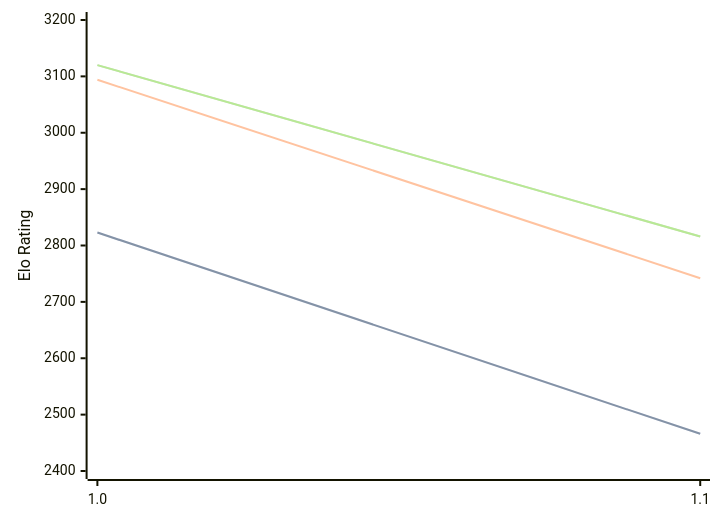
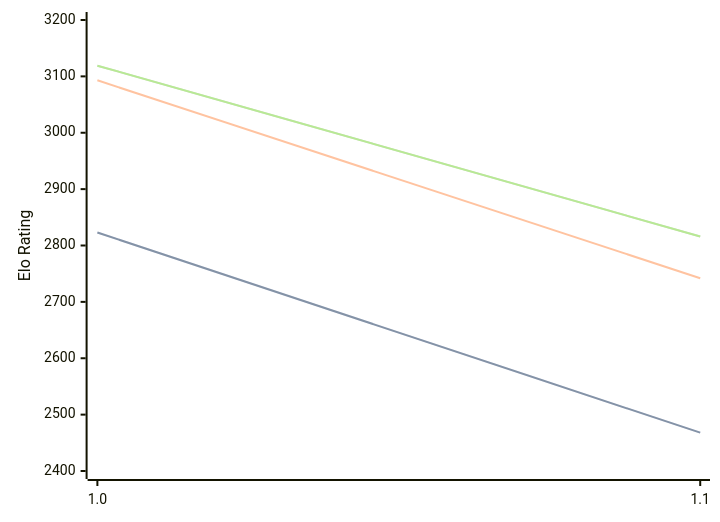
One commit to computer-chess-index/cci changed the first of 3 diagrams in engines/Publius.md. Above: the diagram before and after it, drawn with Mermaid. The commit also changed other lines of this file, not shown here.

Commit message:
Update CCI Ratings (ELO VLTC) - 2026-06-17

````diff
--- a/engines/Publius.md
+++ b/engines/Publius.md
@@ -32,11 +32,11 @@
 ```mermaid
 %%{init: {"theme":"base","themeVariables":{"seriesColors:['#a3a3a3','#222221','#faa371']}}}%%
 xychart-beta
   x-axis ["1.0", "1.1"]
   y-axis "Elo Rating" 2400 --> 3200
-  line "STC (8.0+0.08s)" [2823, 2466]
-  line "STC (8.0+0.08s)" [2823, 2466]
-  line "LTC (60.0+0.60s)" [3094, 2742]
-  line "VLTC (2m24s+1.12s)" [3120, 2816]
-  line "VLTC (2m24s+1.12s)" [3120, 2816]
+  line "STC (8.0+0.08s)" [2823, 2468]
+  line "STC (8.0+0.08s)" [2823, 2468]
+  line "LTC (60.0+0.60s)" [3093, 2742]
+  line "VLTC (2m24s+1.12s)" [3119, 2816]
+  line "VLTC (2m24s+1.12s)" [3119, 2816]
 ```
````
